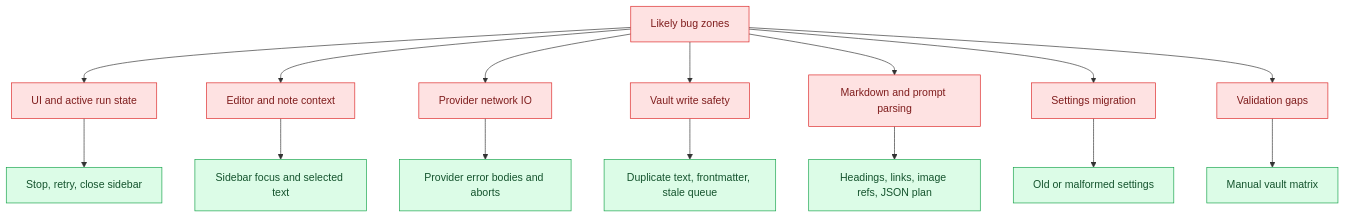
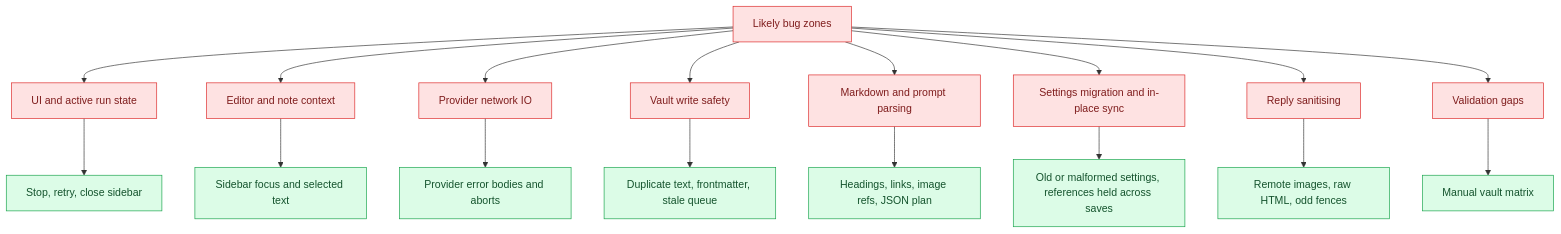
The diagram in DigVis/12-where-bugs-hide.md (CodeWithBehnam/askmate), drawn with Mermaid before and after one commit. The commit also changed other lines of this file and 88 other files, not shown here.

````diff
--- a/DigVis/12-where-bugs-hide.md
+++ b/DigVis/12-where-bugs-hide.md
@@ -9,24 +9,26 @@
 ```mermaid
 flowchart TD
   Bugs["Likely bug zones"] --> State["UI and active run state"]
   Bugs --> Context["Editor and note context"]
   Bugs --> Network["Provider network IO"]
   Bugs --> Writes["Vault write safety"]
   Bugs --> Parsing["Markdown and prompt parsing"]
-  Bugs --> Config["Settings migration"]
+  Bugs --> Config["Settings migration and in-place sync"]
+  Bugs --> Rendering["Reply sanitising"]
   Bugs --> Coverage["Validation gaps"]
 
   State --> StateProbe["Stop, retry, close sidebar"]
   Context --> ContextProbe["Sidebar focus and selected text"]
   Network --> NetworkProbe["Provider error bodies and aborts"]
   Writes --> WriteProbe["Duplicate text, frontmatter, stale queue"]
   Parsing --> ParsingProbe["Headings, links, image refs, JSON plan"]
-  Config --> ConfigProbe["Old or malformed settings"]
+  Config --> ConfigProbe["Old or malformed settings, references held across saves"]
+  Rendering --> RenderingProbe["Remote images, raw HTML, odd fences"]
   Coverage --> CoverageProbe["Manual vault matrix"]
 
   classDef risk fill:#FEE2E2,stroke:#DC2626,color:#7F1D1D
   classDef test fill:#DCFCE7,stroke:#16A34A,color:#14532D
 
-  class Bugs,State,Context,Network,Writes,Parsing,Config,Coverage risk
-  class StateProbe,ContextProbe,NetworkProbe,WriteProbe,ParsingProbe,ConfigProbe,CoverageProbe test
+  class Bugs,State,Context,Network,Writes,Parsing,Config,Rendering,Coverage risk
+  class StateProbe,ContextProbe,NetworkProbe,WriteProbe,ParsingProbe,ConfigProbe,RenderingProbe,CoverageProbe test
 ```
````
